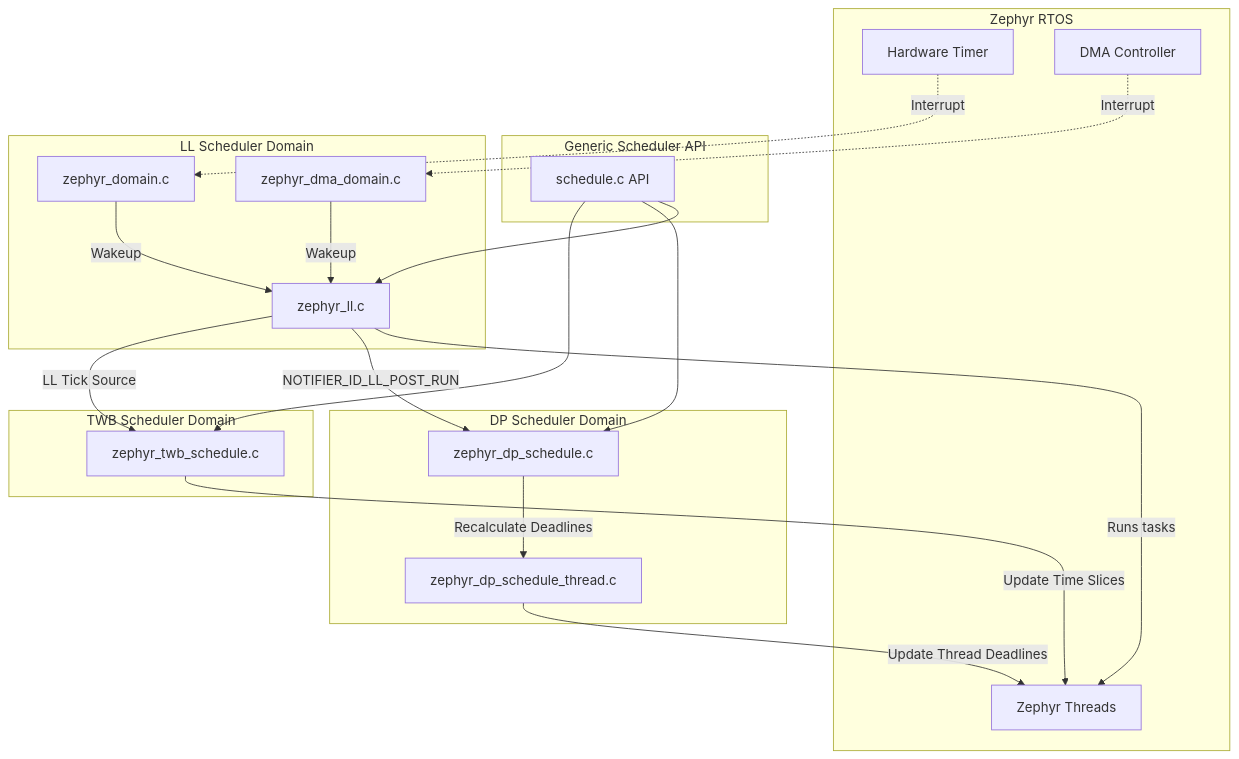
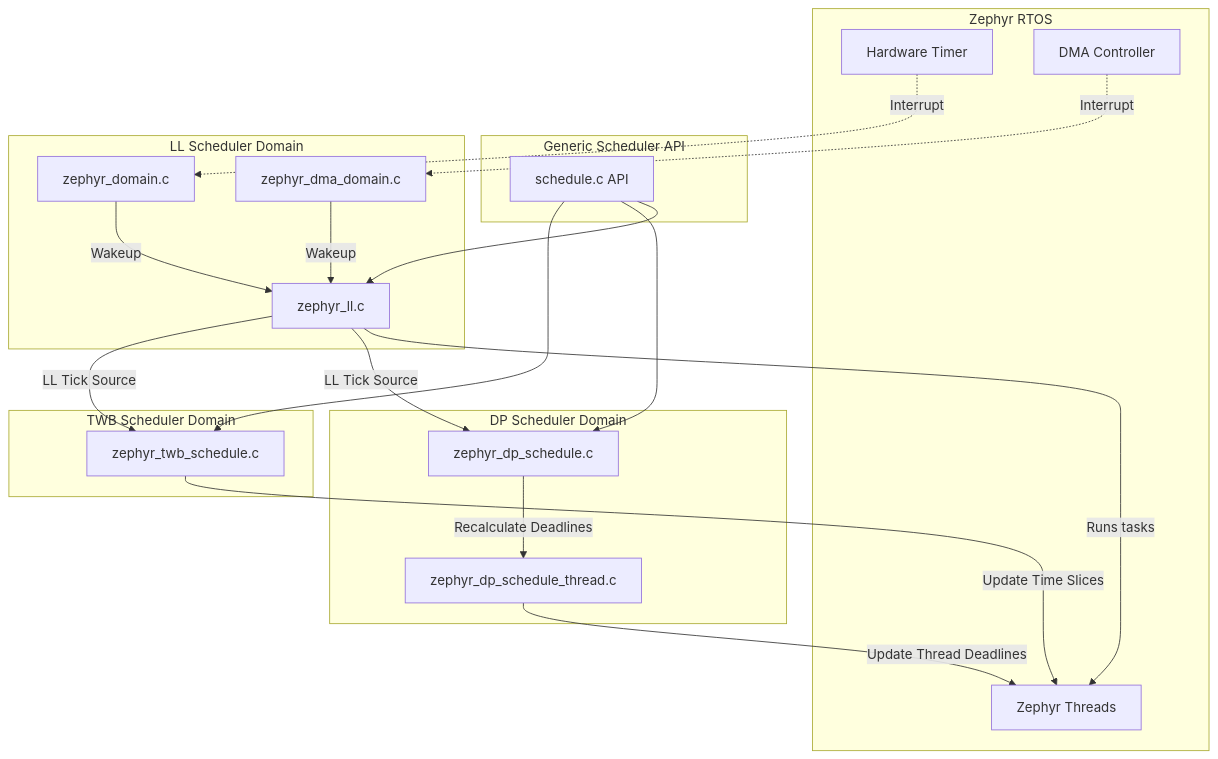
The first of 4 diagrams in src/schedule/README.md (thesofproject/sof), drawn with Mermaid before and after one commit. The commit also changed other lines of this file and 8 other files, not shown here.

````diff
--- a/src/schedule/README.md
+++ b/src/schedule/README.md
@@ -15,45 +15,45 @@
 ```mermaid
 graph TD
     subgraph Zephyr RTOS
         Timer[Hardware Timer]
         DMA[DMA Controller]
         Threads[Zephyr Threads]
     end
 
     subgraph Generic Scheduler API
         API[schedule.c API]
     end
 
     subgraph LL Scheduler Domain
         LL[zephyr_ll.c]
         LLDomain[zephyr_domain.c]
         DMADomain[zephyr_dma_domain.c]
     end
 
     subgraph DP Scheduler Domain
         DP[zephyr_dp_schedule.c]
         DPThread[zephyr_dp_schedule_thread.c]
     end
 
     subgraph TWB Scheduler Domain
         TWB[zephyr_twb_schedule.c]
     end
 
     API --> LL
     API --> DP
     API --> TWB
 
     Timer -.->|Interrupt| LLDomain
     DMA -.->|Interrupt| DMADomain
 
     LLDomain --> |Wakeup| LL
     DMADomain --> |Wakeup| LL
     LL -->|Runs tasks| Threads
 
-    LL -->|NOTIFIER_ID_LL_POST_RUN| DP
+    LL -->|LL Tick Source| DP
     DP -->|Recalculate Deadlines| DPThread
     DPThread -->|Update Thread Deadlines| Threads
 
     LL -->|LL Tick Source| TWB
     TWB -->|Update Time Slices| Threads
 ```
````
